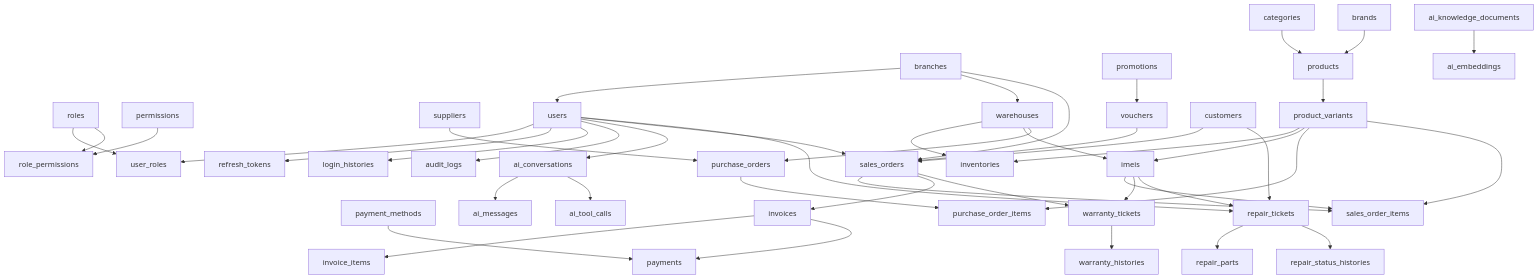
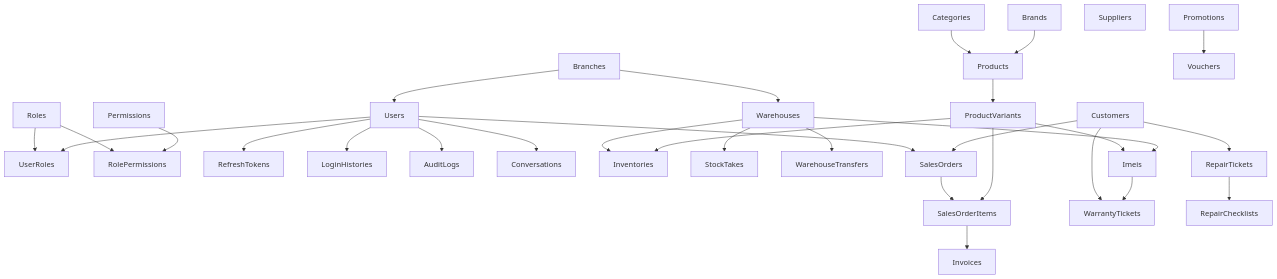
One commit to tkhoa789/Phone-Service-Platform changed the diagram in docs/Phase 2 - Database Design/MIGRATION_PLAN.md. Above: the diagram before and after it, drawn with Mermaid. The commit also changed other lines of this file and 377 other files, not shown here.

````diff
--- a/docs/Phase 2 - Database Design/MIGRATION_PLAN.md
+++ b/docs/Phase 2 - Database Design/MIGRATION_PLAN.md
@@ -20,65 +24,47 @@
 ```mermaid
 graph TD
-    %% Level 0: Bảng độc lập hoàn toàn
-    Branch[branches]
-    Role[roles]
-    Permission[permissions]
-    Category[categories]
-    Brand[brands]
-    Supplier[suppliers]
-    PaymentMethod[payment_methods]
-    Promotion[promotions]
-    AIKnowledge[ai_knowledge_documents]
+    %% Level 0: Bảng độc lập
+    Branch[Branches]
+    Role[Roles]
+    Permission[Permissions]
+    Category[Categories]
+    Brand[Brands]
+    Supplier[Suppliers]
+    Promotion[Promotions]
+    Customer[Customers]
 
-    %% Level 1: Phụ thuộc trực tiếp vào Level 0
-    Branch --> User[users]
-    Role --> UserRole[user_roles]
+    %% Level 1: Phụ thuộc Level 0
+    Branch --> User[Users]
+    Role --> UserRole[UserRoles]
     User --> UserRole
-    Role --> RolePermission[role_permissions]
+    Role --> RolePermission[RolePermissions]
     Permission --> RolePermission
-    User --> RefreshToken[refresh_tokens]
-    User --> LoginHistory[login_histories]
-    User --> AuditLog[audit_logs]
-    User --> AIConvo[ai_conversations]
-    Branch --> Warehouse[warehouses]
-    Category --> Product[products]
+    User --> RefreshToken[RefreshTokens]
+    User --> LoginHistory[LoginHistories]
+    User --> AuditLog[AuditLogs]
+    User --> AIConvo[Conversations]
+    Branch --> Warehouse[Warehouses]
+    Category --> Product[Products]
     Brand --> Product
-    Promotion --> Voucher[vouchers]
-    AIKnowledge --> AIEmbedding[ai_embeddings]
+    Promotion --> Voucher[Vouchers]
 
-    %% Level 2: Phụ thuộc vào Level 1
-    Product --> Variant[product_variants]
-    Warehouse --> Inventory[inventories]
+    %% Level 2: Phụ thuộc Level 1
+    Product --> Variant[ProductVariants]
+    Warehouse --> Inventory[Inventories]
     Variant --> Inventory
-    Warehouse --> IMEI[imeis]
-    Variant --> IMEI
-    Supplier --> PurchaseOrder[purchase_orders]
-    Warehouse --> PurchaseOrder
-    Voucher --> SalesOrder[sales_orders]
-    User --> SalesOrder
-    Branch --> SalesOrder
-    Customer[customers] --> SalesOrder
+    Warehouse --> StockTake[StockTakes]
+    Warehouse --> WhTransfer[WarehouseTransfers]
+    User --> SalesOrder[SalesOrders]
+    Customer --> SalesOrder
 
-    %% Level 3: Phụ thuộc vào Level 2
-    PurchaseOrder --> PurchaseItem[purchase_order_items]
-    Variant --> PurchaseItem
-    SalesOrder --> SalesItem[sales_order_items]
-    Variant --> SalesItem
-    IMEI --> SalesItem
-    SalesOrder --> Invoice[invoices]
-    SalesOrder --> Warranty[warranty_tickets]
-    IMEI --> Warranty
-    Customer --> Repair[repair_tickets]
-    User --> Repair
-    IMEI --> Repair
-
-    %% Level 4: Phụ thuộc vào Level 3
-    Invoice --> InvoiceItem[invoice_items]
-    Invoice --> Payment[payments]
-    PaymentMethod --> Payment
-    Warranty --> WarrantyHistory[warranty_histories]
-    Repair --> RepairPart[repair_parts]
-    Repair --> RepairHistory[repair_status_histories]
-    AIConvo --> AIMessage[ai_messages]
-    AIConvo --> AITool[ai_tool_calls]
+    %% Level 3: Giao dịch chi tiết & IMEI
+    Variant --> Imei[Imeis]
+    Warehouse --> Imei
+    SalesOrder --> OrderItem[SalesOrderItems]
+    Variant --> OrderItem
+    OrderItem --> Invoice[Invoices]
+    Customer --> WarrantyTicket[WarrantyTickets]
+    Imei --> WarrantyTicket
+    Customer --> RepairTicket[RepairTickets]
+    RepairTicket --> RepairChecklist[RepairChecklists]
 ```
````
